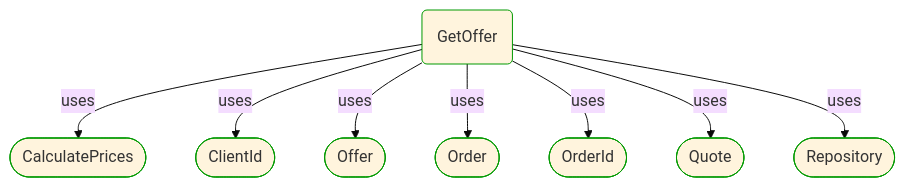
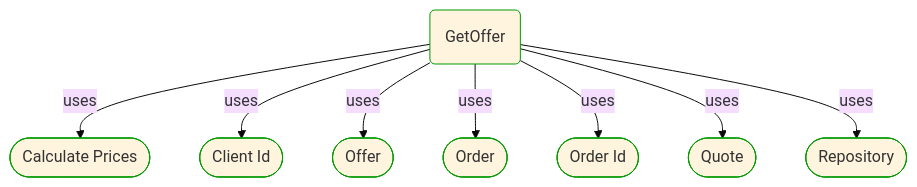
Before and after one commit to itlibrium/DDD-starter-dotnet: the second of 4 diagrams in Docs/P3/MermaidOutput/ProcessSteps/Sale/Wholesale ordering/GetOffer.md, drawn with Mermaid (base theme). The commit also changed other lines of this file and 174 other files, not shown here.

````diff
--- a/Docs/P3/MermaidOutput/ProcessSteps/Sale/Wholesale ordering/GetOffer.md
+++ b/Docs/P3/MermaidOutput/ProcessSteps/Sale/Wholesale ordering/GetOffer.md
@@ -37,29 +34,29 @@
 ```mermaid
   flowchart TB
     0(GetOffer)
     class 0 DomainPerspective
-    1([CalculatePrices])
+    1([Calculate Prices])
     class 1 DomainPerspective
     0-->|uses|1
-    2([ClientId])
+    2([Client Id])
     class 2 DomainPerspective
     0-->|uses|2
     3([Offer])
     class 3 DomainPerspective
     0-->|uses|3
     4([Order])
     class 4 DomainPerspective
     0-->|uses|4
-    5([OrderId])
+    5([Order Id])
     class 5 DomainPerspective
     0-->|uses|5
     6([Quote])
     class 6 DomainPerspective
     0-->|uses|6
     7([Repository])
     class 7 DomainPerspective
     0-->|uses|7
     classDef DomainPerspective stroke:#009900
     classDef TechnologyPerspective stroke:#1F41EB
     classDef PeoplePerspective stroke:#FFF014
 ```
````
